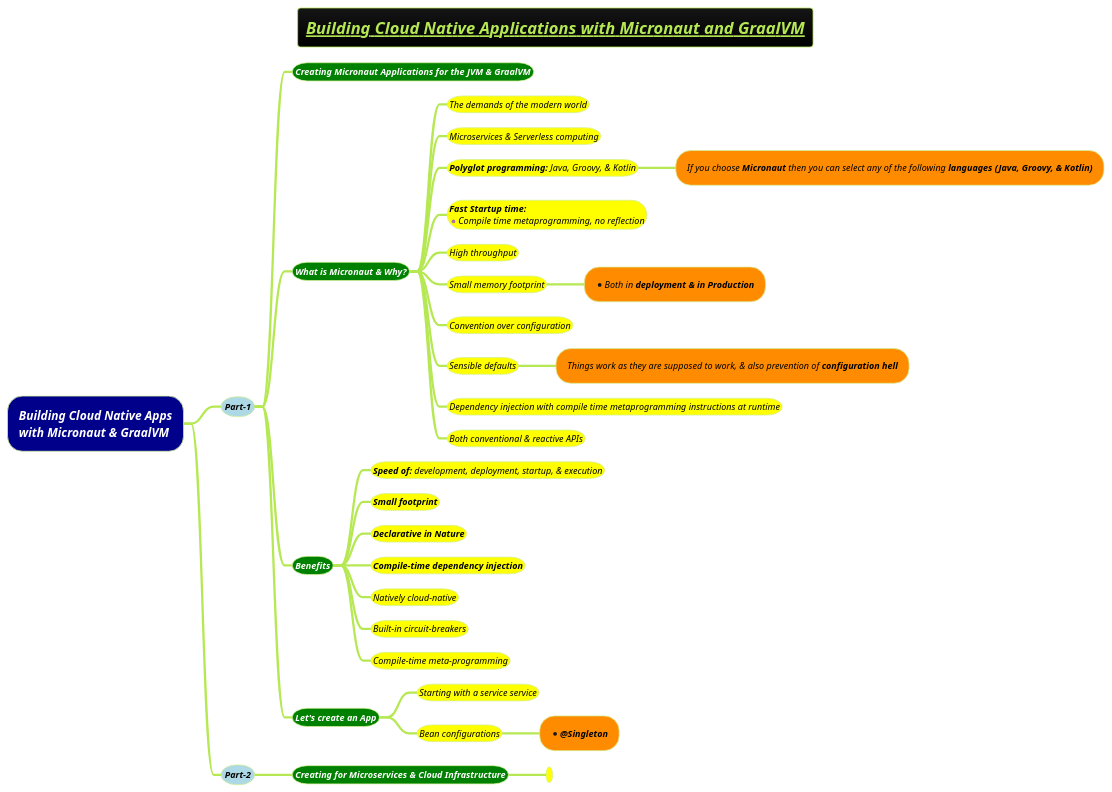
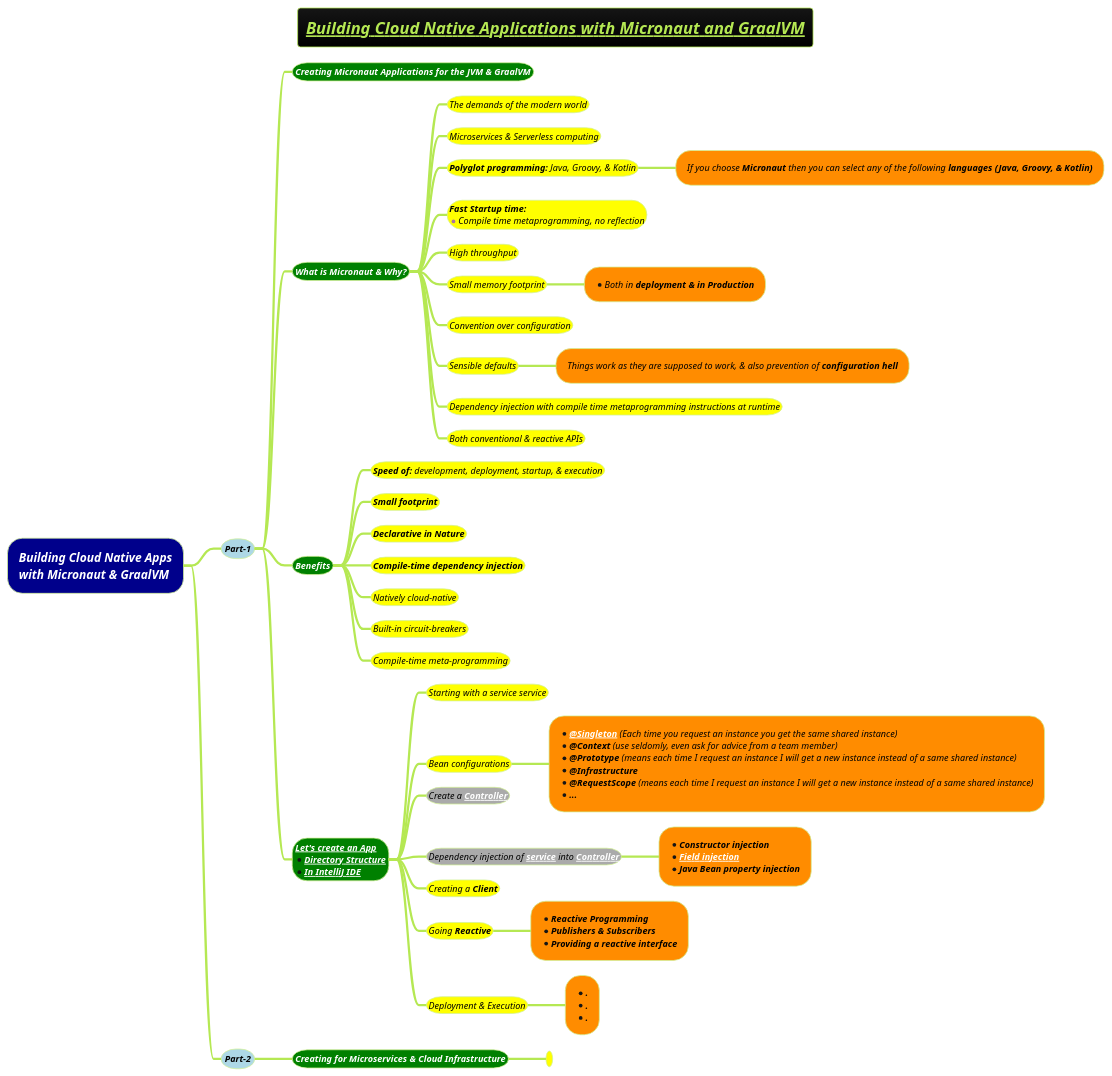
The diagram in docs/3-programming-languages/Venkat-Subramaniam/Building-Cloud-Native-Applications-with-Micronaut-and-GraalVM.puml (MehmoodHashmi/Documentation-as-Code-DaC), drawn with PlantUML before and after one commit. The commit also changed 8 other files, not shown here.

```diff
--- a/docs/3-programming-languages/Venkat-Subramaniam/Building-Cloud-Native-Applications-with-Micronaut-and-GraalVM.puml
+++ b/docs/3-programming-languages/Venkat-Subramaniam/Building-Cloud-Native-Applications-with-Micronaut-and-GraalVM.puml
@@ -1,40 +1,64 @@
 @startmindmap
 title =<i><b><u><size:18>Building Cloud Native Applications with Micronaut and GraalVM
 !theme hacker
 
 
 *[#darkblue] <i><color #white>Building Cloud Native Apps\n<i><color #white>with Micronaut & GraalVM
 **[#lightblue] <i><color #black><size:12>Part-1
 ***[#green] <b><i><color #white><size:12>Creating Micronaut Applications for the JVM & GraalVM
 ***[#green] <b><i><color #white><size:12>What is Micronaut & Why?
 ****[#yellow] <i><color #black><size:12>The demands of the modern world
 ****[#yellow] <i><color #black><size:12>Microservices & Serverless computing
 ****[#yellow] <i><color #black><size:12>**Polyglot programming:** Java, Groovy, & Kotlin
 *****[#darkorange] <i><color #black><size:12>If you choose **Micronaut** then you can select any of the following <b>languages (Java, Groovy, & Kotlin)
 ****[#yellow] <i><color #black><size:12>**Fast Startup time:** \n*<i><color #black><size:12>Compile time metaprogramming, no reflection
 ****[#yellow] <i><color #black><size:12>High throughput
 ****[#yellow] <i><color #black><size:12>Small memory footprint
 *****[#darkorange] *<i><color #black><size:12>Both in <b>deployment & in Production
 ****[#yellow] <i><color #black><size:12>Convention over configuration
 ****[#yellow] <i><color #black><size:12>Sensible defaults
 *****[#darkorange] <i><color #black><size:12>Things work as they are supposed to work, & also prevention of <b>configuration hell
 ****[#yellow] <i><color #black><size:12>Dependency injection with compile time metaprogramming instructions at runtime
 ****[#yellow] <i><color #black><size:12>Both conventional & reactive APIs
 ***[#green] <b><i><color #white><size:12>Benefits
 ****[#yellow] <i><color #black><size:12>**Speed of:** development, deployment, startup, & execution
 ****[#yellow] <i><color #black><size:12>**Small footprint**
 ****[#yellow] <i><color #black><size:12>**Declarative in Nature**
 ****[#yellow] <i><color #black><size:12>**Compile-time dependency injection**
 ****[#yellow] <i><color #black><size:12>Natively cloud-native
 ****[#yellow] <i><color #black><size:12>Built-in circuit-breakers
 ****[#yellow] <i><color #black><size:12>Compile-time meta-programming
-***[#green] <b><i><color #white><size:12>Let's create an App
+***[#green]:<b><i><color #white><size:12>[[docs/3-programming-languages/Venkat-Subramaniam/images/img_518.png Let's create an App]]
+*<b><i><color #white><size:12>[[docs/3-programming-languages/Venkat-Subramaniam/images/img_519.png Directory Structure]]
+*<b><i><color #white><size:12>[[docs/3-programming-languages/Venkat-Subramaniam/images/img_520.png In IntelliJ IDE]];
 ****[#yellow] <i><color #black><size:12>Starting with a service service
 ****[#yellow] <i><color #black><size:12>Bean configurations
-*****[#darkorange] *<i><color #black><size:12><b>@Singleton
+*****[#darkorange]:*<i><color #black><size:12><b>[[docs/3-programming-languages/Venkat-Subramaniam/images/img_521.png @Singleton]] </b>(Each time you request an instance you get the same shared instance)
+*<i><color #black><size:12><b>@Context </b>(use seldomly, even ask for advice from a team member)
+*<i><color #black><size:12><b>@Prototype </b>(means each time I request an instance I will get a new instance instead of a same shared instance)
+*<i><color #black><size:12><b>@Infrastructure
+*<i><color #black><size:12><b>@RequestScope </b>(means each time I request an instance I will get a new instance instead of a same shared instance)
+*<i><color #black><size:12><b>...;
+****[#a] <i><color #black><size:12>Create a <b>[[docs/3-programming-languages/Venkat-Subramaniam/images/img_523.png Controller]]
+
+****[#a] <i><color #black><size:12>Dependency injection of **[[docs/3-programming-languages/Venkat-Subramaniam/images/img_524.png service]]** into <b>[[docs/3-programming-languages/Venkat-Subramaniam/images/img_523.png Controller]]
+*****[#darkorange]:*<i><color #black><size:12><b>Constructor injection
+*<i><color #black><size:12><b>[[docs/3-programming-languages/Venkat-Subramaniam/images/img_522.png Field injection]]
+*<i><color #black><size:12><b>Java Bean property injection;
+****[#yellow] <i><color #black><size:12>Creating a <b>Client
+
+****[#yellow] <i><color #black><size:12>Going <b>Reactive
+*****[#darkorange]:*<i><color #black><size:12><b>Reactive Programming
+*<i><color #black><size:12><b>Publishers & Subscribers
+*<i><color #black><size:12><b>Providing a reactive interface;
+
+****[#yellow] <i><color #black><size:12>Deployment & Execution
+*****[#darkorange]:*<i><color #black><size:12><b>.
+*<i><color #black><size:12><b>.
+*<i><color #black><size:12><b>.;
 
 **[#lightblue] <i><color #black><size:12>Part-2
 ***[#green] <b><i><color #white><size:12>Creating for Microservices & Cloud Infrastructure
 ****[#yellow] <i><color #black><size:12>
 
 @endmindmap
```
